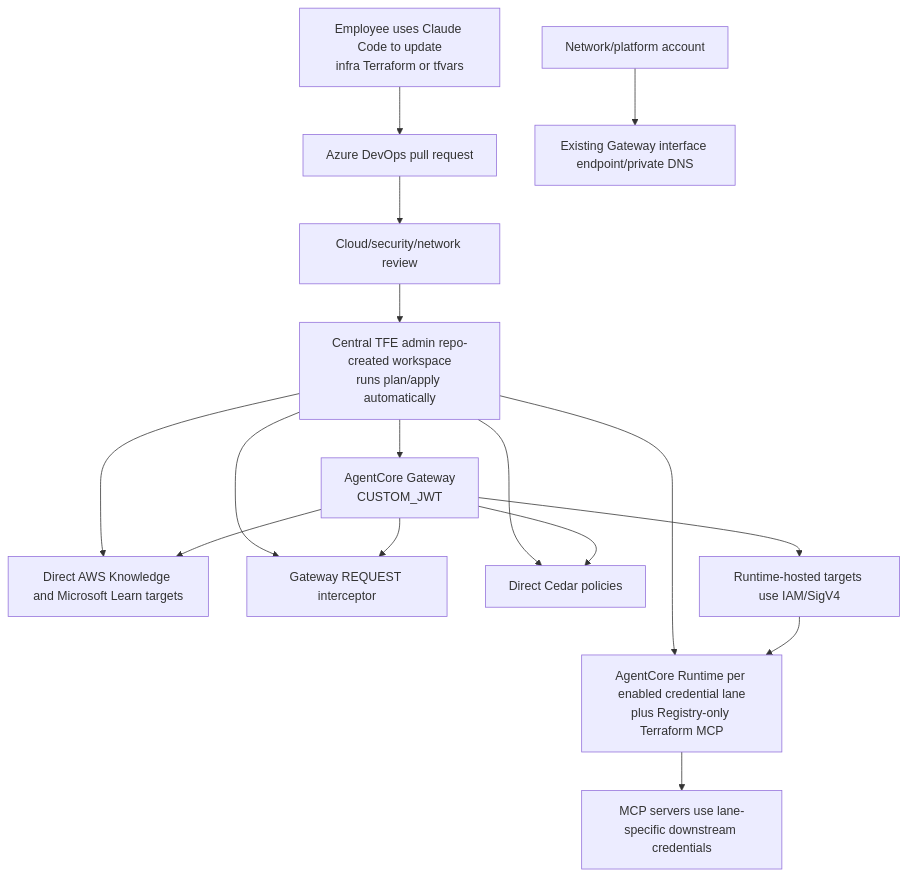
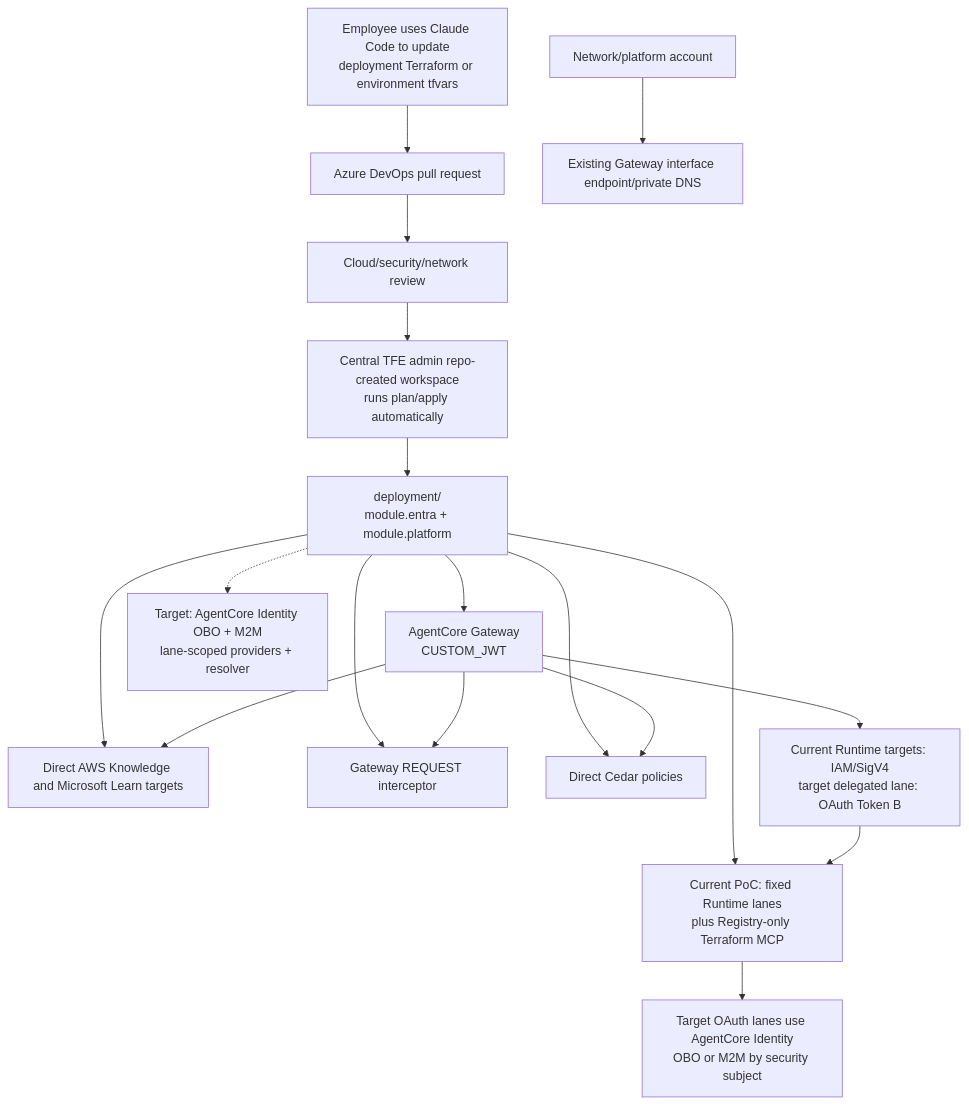
One commit to ron8520/mcp_poc changed the fourth of 7 diagrams in docs/architecture/devops-workflows.md. Above: the diagram before and after it, drawn with Mermaid. The commit also changed other lines of this file and 95 other files, not shown here.

````diff
--- a/docs/architecture/devops-workflows.md
+++ b/docs/architecture/devops-workflows.md
@@ -84,18 +86,20 @@
 ```mermaid
 flowchart TD
-    Claude["Employee uses Claude Code to update<br>infra Terraform or tfvars"] --> PR["Azure DevOps pull request"]
+    Claude["Employee uses Claude Code to update<br>deployment Terraform or environment tfvars"] --> PR["Azure DevOps pull request"]
     PR --> Review["Cloud/security/network review"]
     Review --> TFEAdmin["Central TFE admin repo-created workspace\nruns plan/apply automatically"]
-    TFEAdmin --> Gateway["AgentCore Gateway\nCUSTOM_JWT"]
-    TFEAdmin --> Runtime["AgentCore Runtime per enabled credential lane\nplus Registry-only Terraform MCP"]
-    TFEAdmin --> VendorTargets["Direct AWS Knowledge and Microsoft Learn targets"]
-    TFEAdmin --> Interceptor["Gateway REQUEST interceptor"]
-    TFEAdmin --> Policy["Direct Cedar policies"]
+    TFEAdmin --> Deployment["deployment/\nmodule.entra + module.platform"]
+    Deployment --> Gateway["AgentCore Gateway\nCUSTOM_JWT"]
+    Deployment --> Runtime["Current PoC: fixed Runtime lanes\nplus Registry-only Terraform MCP"]
+    Deployment -.-> TargetRouting["Target: AgentCore Identity OBO + M2M\nlane-scoped providers + resolver"]
+    Deployment --> VendorTargets["Direct AWS Knowledge and Microsoft Learn targets"]
+    Deployment --> Interceptor["Gateway REQUEST interceptor"]
+    Deployment --> Policy["Direct Cedar policies"]
     Network["Network/platform account"] --> PrivateLink["Existing Gateway interface endpoint/private DNS"]
     Gateway --> Policy
     Gateway --> Interceptor
     Gateway --> VendorTargets
-    Gateway --> Targets["Runtime-hosted targets use IAM/SigV4"]
+    Gateway --> Targets["Current Runtime targets: IAM/SigV4\ntarget delegated lane: OAuth Token B"]
     Targets --> Runtime
-    Runtime --> Downstream["MCP servers use lane-specific downstream credentials"]
+    Runtime --> Downstream["Target OAuth lanes use AgentCore Identity\nOBO or M2M by security subject"]
 ```
````
